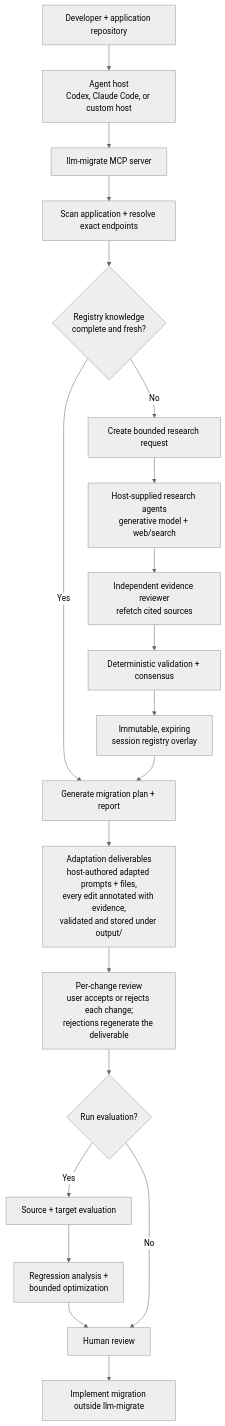
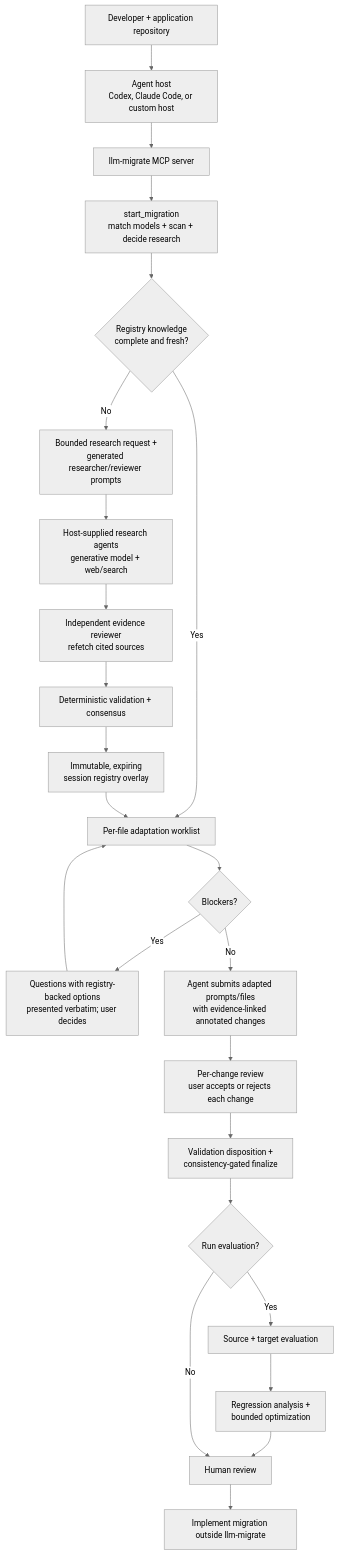
One commit to Athenaxlee/llm-migrate changed the diagram in README.md. Above: the diagram before and after it, drawn with Mermaid (neutral theme). The commit also changed other lines of this file and 17 other files, not shown here.

````diff
--- a/README.md
+++ b/README.md
@@ -66,24 +65,28 @@
 ```mermaid
 flowchart TD
     U["Developer + application repository"] --> H["Agent host<br/>Codex, Claude Code, or custom host"]
     H --> M["llm-migrate MCP server"]
-    M --> S["Scan application + resolve exact endpoints"]
+    M --> S["start_migration<br/>match models + scan + decide research"]
     S --> K{"Registry knowledge<br/>complete and fresh?"}
 
-    K -- Yes --> P["Generate migration plan + report"]
-    K -- No --> R["Create bounded research request"]
+    K -- Yes --> W["Per-file adaptation worklist"]
+    K -- No --> R["Bounded research request +<br/>generated researcher/reviewer prompts"]
     R --> A["Host-supplied research agents<br/>generative model + web/search"]
     A --> V["Independent evidence reviewer<br/>refetch cited sources"]
     V --> C["Deterministic validation + consensus"]
     C --> O["Immutable, expiring<br/>session registry overlay"]
-    O --> P
+    O --> W
 
-    P --> D["Adaptation deliverables<br/>host-authored adapted prompts + files,<br/>every edit annotated with evidence,<br/>validated and stored under output/"]
-    D --> W["Per-change review<br/>user accepts or rejects each change;<br/>rejections regenerate the deliverable"]
-    W --> E{"Run evaluation?"}
+    W --> B{"Blockers?"}
+    B -- Yes --> D["Questions with registry-backed options<br/>presented verbatim; user decides"]
+    D --> W
+    B -- No --> T["Agent submits adapted prompts/files<br/>with evidence-linked annotated changes"]
+    T --> Y["Per-change review<br/>user accepts or rejects each change"]
+    Y --> Z["Validation disposition +<br/>consistency-gated finalize"]
+    Z --> E{"Run evaluation?"}
     E -- Yes --> X["Source + target evaluation"]
     X --> G["Regression analysis +<br/>bounded optimization"]
     G --> Q["Human review"]
     E -- No --> Q
     Q --> I["Implement migration outside llm-migrate"]
 ```
````
